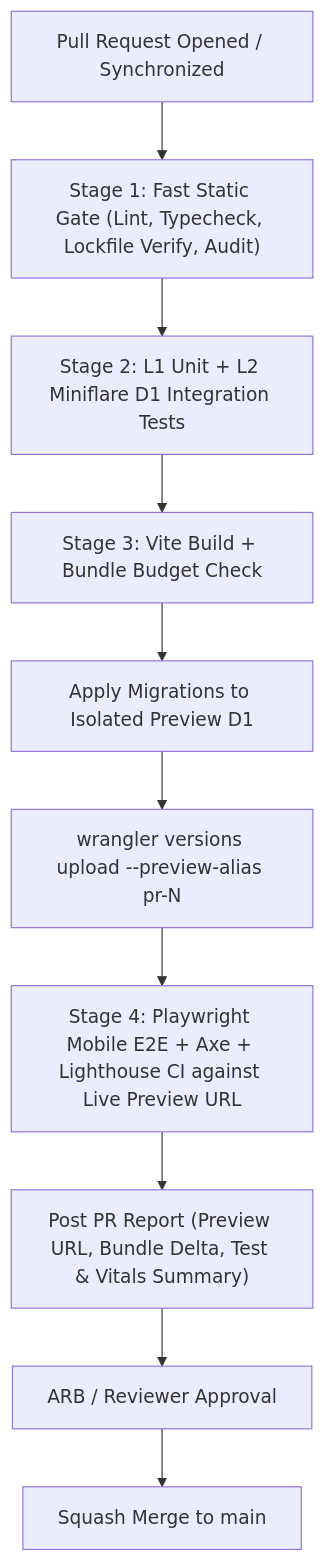
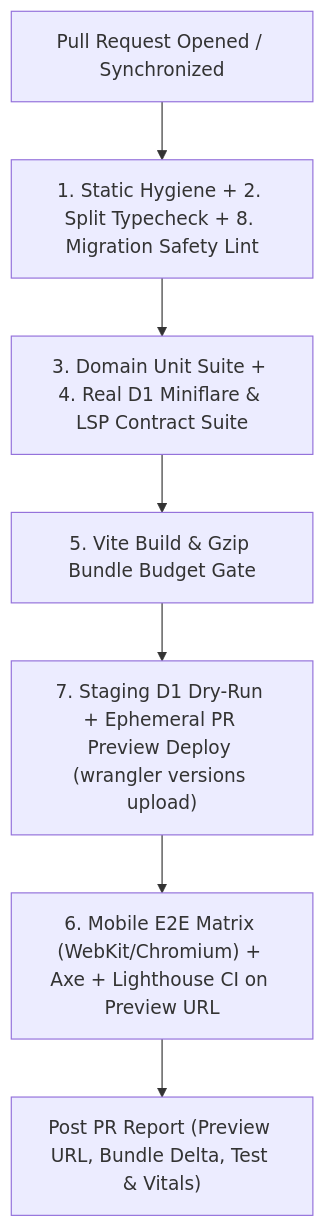
One commit to mostafammy/nvmsa-os changed the third of 3 diagrams in docs/specs/NVMSA_OS_MASTER_SPEC.md. Above: the diagram before and after it, drawn with Mermaid. The commit also changed other lines of this file, not shown here.

Commit message:
docs(spec): unify RFC-001 canonical specification with v1.0 codebase audit and migration plan

````diff
--- a/docs/specs/NVMSA_OS_MASTER_SPEC.md
+++ b/docs/specs/NVMSA_OS_MASTER_SPEC.md
@@ -502,12 +481,9 @@
 ```mermaid
 flowchart TD
-  PR["Pull Request Opened / Synchronized"] --> Gate1["Stage 1: Fast Static Gate (Lint, Typecheck, Lockfile Verify, Audit)"]
-  Gate1 --> Gate2["Stage 2: L1 Unit + L2 Miniflare D1 Integration Tests"]
-  Gate2 --> Gate3["Stage 3: Vite Build + Bundle Budget Check"]
-  Gate3 --> PreviewDB["Apply Migrations to Isolated Preview D1"]
-  PreviewDB --> Upload["wrangler versions upload --preview-alias pr-N"]
-  Upload --> Gate4["Stage 4: Playwright Mobile E2E + Axe + Lighthouse CI against Live Preview URL"]
-  Gate4 --> Comment["Post PR Report (Preview URL, Bundle Delta, Test & Vitals Summary)"]
-  Comment --> Human["ARB / Reviewer Approval"]
-  Human --> Merge["Squash Merge to main"]
+  PR["Pull Request Opened / Synchronized"] --> S1["1. Static Hygiene + 2. Split Typecheck + 8. Migration Safety Lint"]
+  S1 --> S3["3. Domain Unit Suite + 4. Real D1 Miniflare & LSP Contract Suite"]
+  S3 --> S5["5. Vite Build & Gzip Bundle Budget Gate"]
+  S5 --> S7["7. Staging D1 Dry-Run + Ephemeral PR Preview Deploy (wrangler versions upload)"]
+  S7 --> S6["6. Mobile E2E Matrix (WebKit/Chromium) + Axe + Lighthouse CI on Preview URL"]
+  S6 --> Report["Post PR Report (Preview URL, Bundle Delta, Test & Vitals)"]
 ```
````
